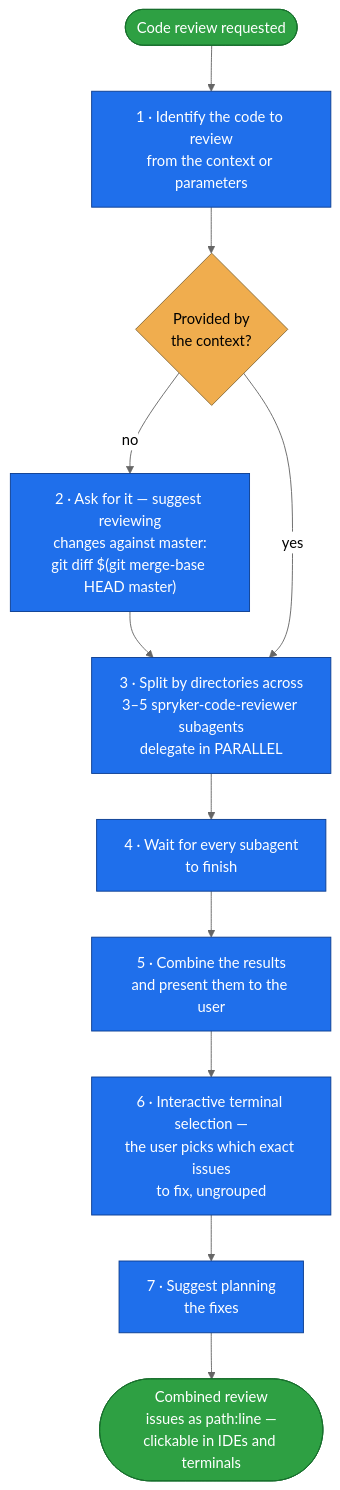
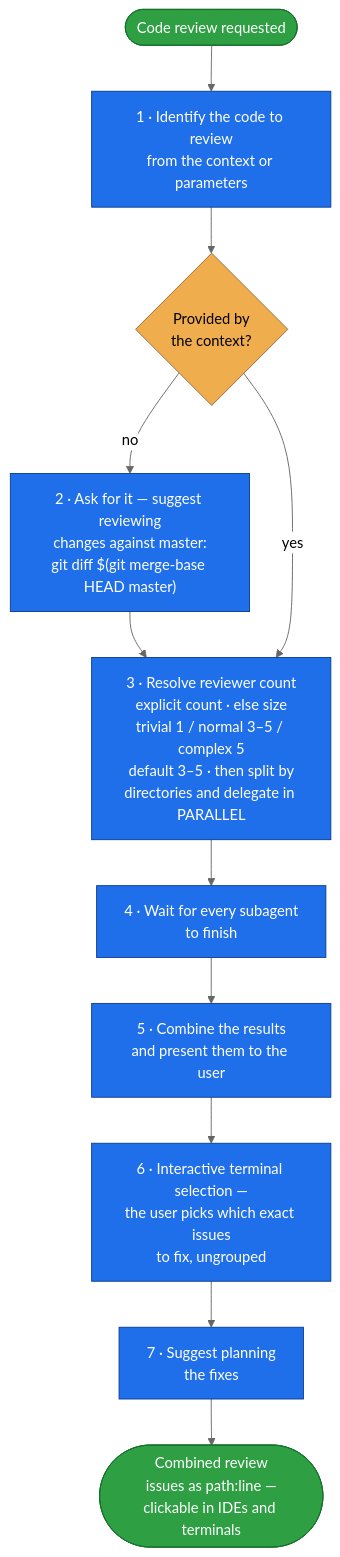
The diagram in plugins/spryker-ai-dev-sdk/skills/code-review/README.md (spryker-sdk/ai-dev), drawn with Mermaid (neutral theme) before and after one commit. The commit also changed other lines of this file and 48 other files, not shown here.

````diff
--- a/plugins/spryker-ai-dev-sdk/skills/code-review/README.md
+++ b/plugins/spryker-ai-dev-sdk/skills/code-review/README.md
@@ -16,22 +18,22 @@
 ```mermaid
 flowchart TD
     A([Code review requested]) --> S1[1 · Identify the code to review<br/>from the context or parameters]
     S1 --> Q{Provided by<br/>the context?}
     Q -- "no" --> ASK["2 · Ask for it — suggest reviewing<br/>changes against master:<br/>git diff $(git merge-base HEAD master)"]
     ASK --> S3
     Q -- "yes" --> S3
 
-    S3[3 · Split by directories across<br/>3–5 spryker-code-reviewer subagents<br/>delegate in PARALLEL]
+    S3[3 · Resolve reviewer count<br/>explicit count · else size<br/>trivial 1 / normal 3–5 / complex 5<br/>default 3–5 · then split by<br/>directories and delegate in PARALLEL]
     S3 --> S4[4 · Wait for every subagent<br/>to finish]
     S4 --> S5[5 · Combine the results<br/>and present them to the user]
     S5 --> S6["6 · Interactive terminal selection —<br/>the user picks which exact issues<br/>to fix, ungrouped"]
     S6 --> S7[7 · Suggest planning<br/>the fixes]
     S7 --> Z(["Combined review<br/>issues as path:line —<br/>clickable in IDEs and terminals"])
 
     classDef step fill:#1f6feb,stroke:#0b3d91,color:#fff;
     classDef decision fill:#f0ad4e,stroke:#8a6d3b,color:#000;
     classDef terminal fill:#2ea043,stroke:#176f2c,color:#fff;
     class S1,ASK,S3,S4,S5,S6,S7 step;
     class Q decision;
     class A,Z terminal;
 ```
````
